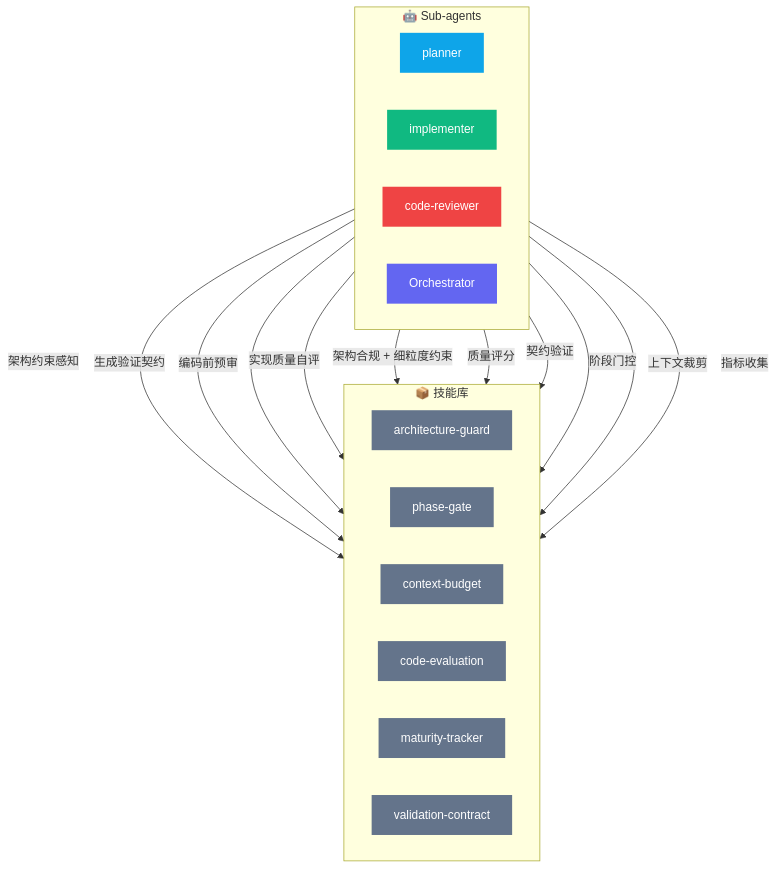
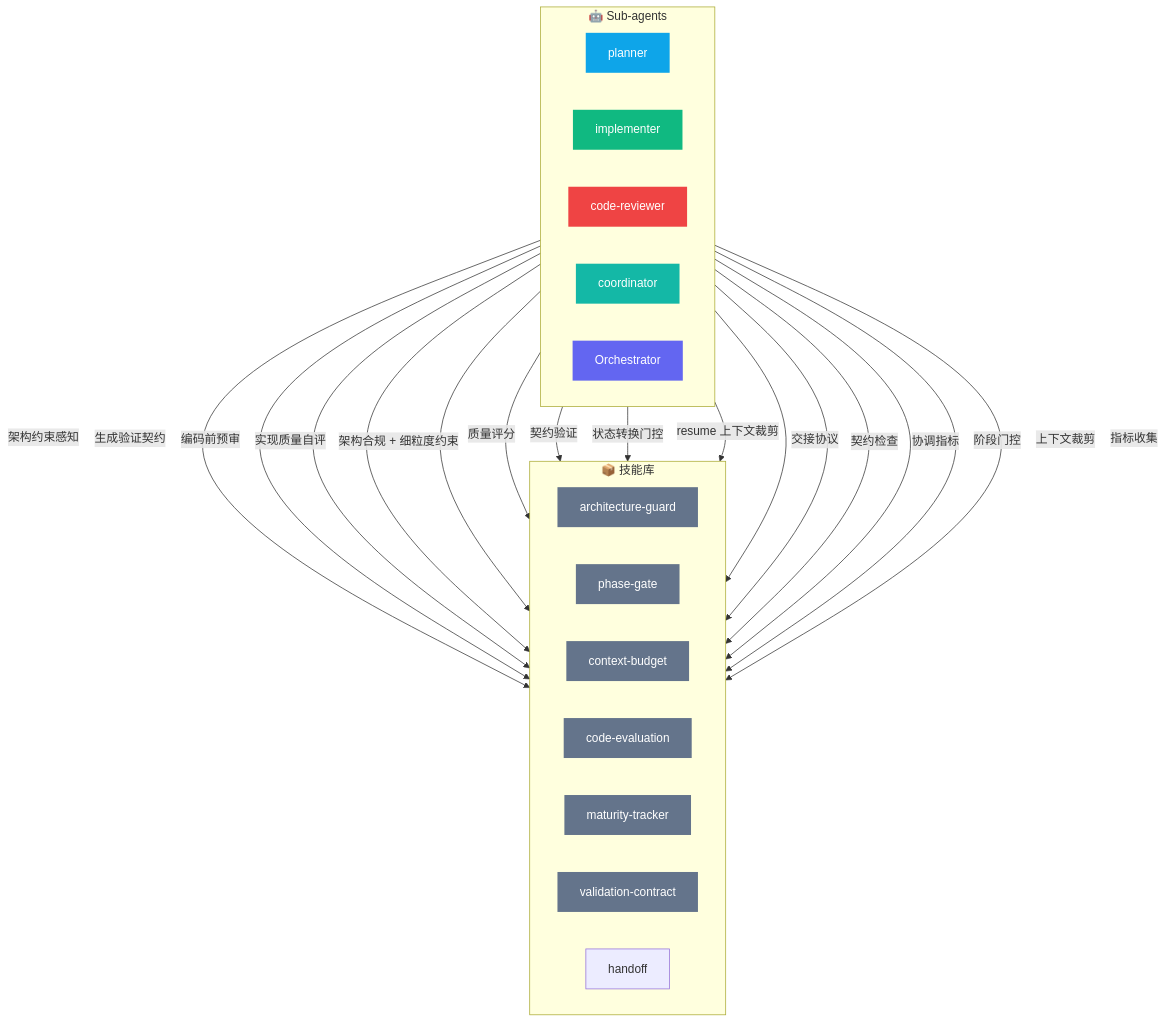
The second of 2 diagrams in docs/sub-agents.md (Kucell/cortex-agent), drawn with Mermaid before and after one commit. The commit also changed other lines of this file and 52 other files, not shown here.

````diff
--- a/docs/sub-agents.md
+++ b/docs/sub-agents.md
@@ -57,42 +65,50 @@
 ```mermaid
 graph TB
     subgraph Agents["🤖 Sub-agents"]
         direction LR
         PL[planner]
         IM[implementer]
         CR[code-reviewer]
+        CO[coordinator]
         O[Orchestrator]
     end
 
     subgraph Skills["📦 技能库"]
         direction LR
         AG[architecture-guard]
         PG[phase-gate]
         CB[context-budget]
         CE[code-evaluation]
         MT[maturity-tracker]
         VC[validation-contract]
+        HF[handoff]
     end
 
     PL -->|架构约束感知| AG
     PL -->|生成验证契约| VC
     IM -->|编码前预审| AG
     IM -->|实现质量自评| CE
     CR -->|架构合规 + 细粒度约束| AG
     CR -->|质量评分| CE
     CR -->|契约验证| VC
+    CO -->|状态转换门控| PG
+    CO -->|resume 上下文裁剪| CB
+    CO -->|交接协议| HF
+    CO -->|契约检查| VC
+    CO -->|协调指标| MT
     O  -->|阶段门控| PG
     O  -->|上下文裁剪| CB
     O  -->|指标收集| MT
 
     style PL fill:#0ea5e9,color:#fff,stroke:none
     style IM fill:#10b981,color:#fff,stroke:none
     style CR fill:#ef4444,color:#fff,stroke:none
+    style CO fill:#14b8a6,color:#fff,stroke:none
     style O  fill:#6366f1,color:#fff,stroke:none
     style AG fill:#64748b,color:#fff,stroke:none
     style PG fill:#64748b,color:#fff,stroke:none
     style CB fill:#64748b,color:#fff,stroke:none
     style CE fill:#64748b,color:#fff,stroke:none
     style MT fill:#64748b,color:#fff,stroke:none
     style VC fill:#64748b,color:#fff,stroke:none
 ```
````
